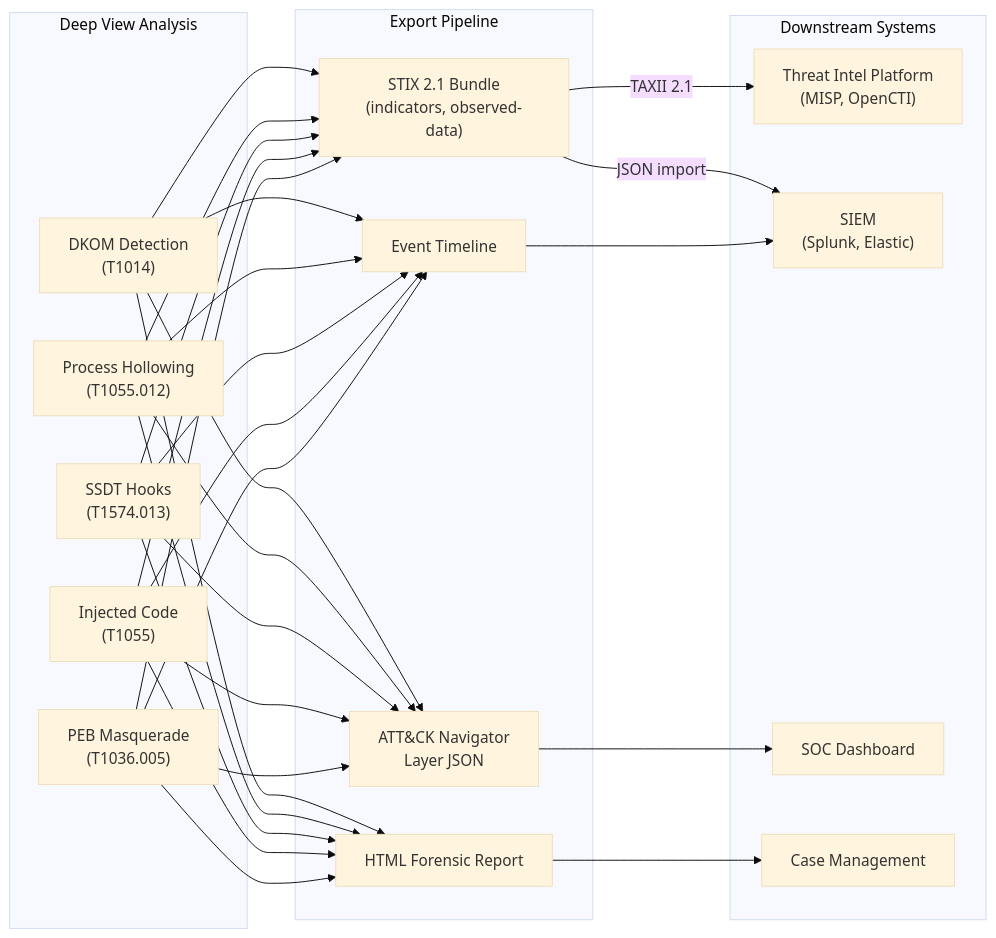
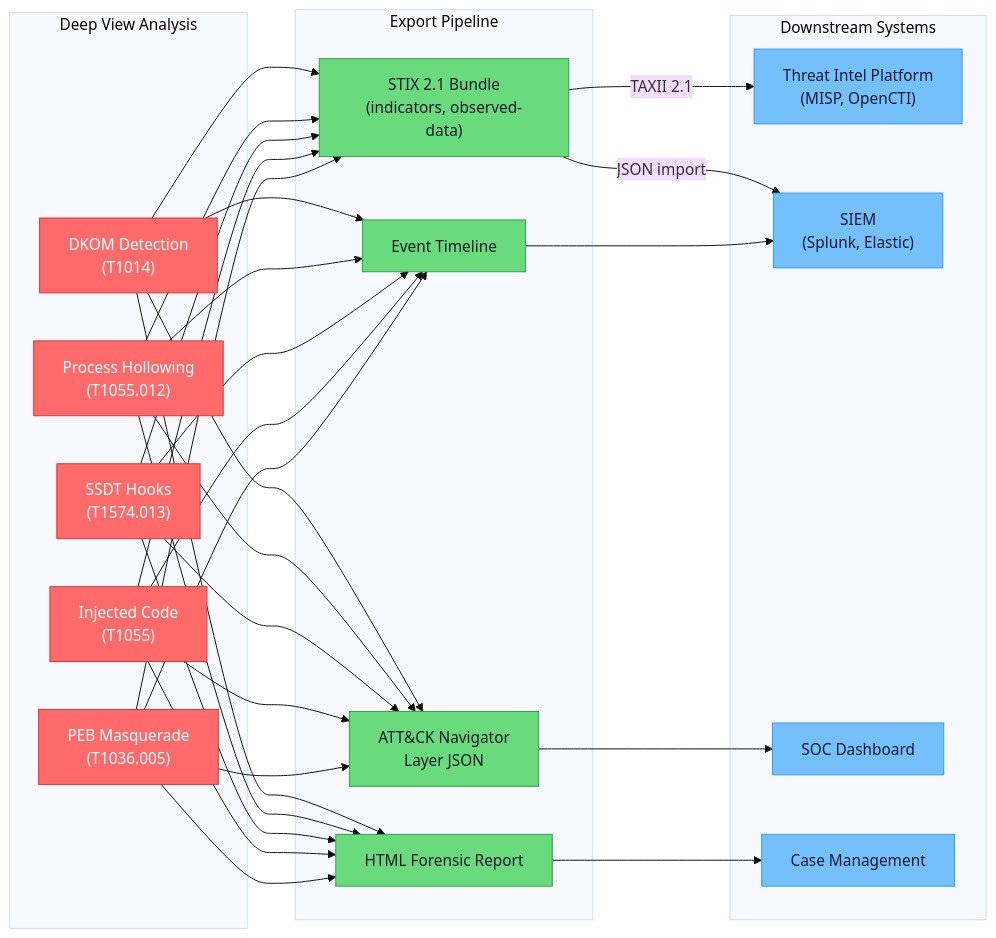
Diagram 11 of 16 in README.md (sonoransun/deepview), drawn with Mermaid (base theme) before and after one commit. The commit also changed other lines of this file and 47 other files, not shown here.

````diff
--- a/README.md
+++ b/README.md
@@ -565,35 +713,39 @@
 ```mermaid
 flowchart LR
     subgraph DeepView["Deep View Analysis"]
-        D1["DKOM Detection<br/>(T1014)"]
-        D2["Process Hollowing<br/>(T1055.012)"]
-        D3["SSDT Hooks<br/>(T1574.013)"]
-        D4["Injected Code<br/>(T1055)"]
-        D5["PEB Masquerade<br/>(T1036.005)"]
+        D1["DKOM Detection<br/>(T1014)"]:::threat
+        D2["Process Hollowing<br/>(T1055.012)"]:::threat
+        D3["SSDT Hooks<br/>(T1574.013)"]:::threat
+        D4["Injected Code<br/>(T1055)"]:::threat
+        D5["PEB Masquerade<br/>(T1036.005)"]:::threat
     end
 
     subgraph Export["Export Pipeline"]
-        STIX["STIX 2.1 Bundle<br/>(indicators, observed-data)"]
-        NAV["ATT&CK Navigator<br/>Layer JSON"]
-        RPT["HTML Forensic Report"]
-        TL["Event Timeline"]
+        STIX["STIX 2.1 Bundle<br/>(indicators, observed-data)"]:::report
+        NAV["ATT&CK Navigator<br/>Layer JSON"]:::report
+        RPT["HTML Forensic Report"]:::report
+        TL["Event Timeline"]:::report
     end
 
     subgraph Consume["Downstream Systems"]
-        TIP["Threat Intel Platform<br/>(MISP, OpenCTI)"]
-        SIEM["SIEM<br/>(Splunk, Elastic)"]
-        SOC["SOC Dashboard"]
-        CASE["Case Management"]
+        TIP["Threat Intel Platform<br/>(MISP, OpenCTI)"]:::analysis
+        SIEM["SIEM<br/>(Splunk, Elastic)"]:::analysis
+        SOC["SOC Dashboard"]:::analysis
+        CASE["Case Management"]:::analysis
     end
 
     D1 & D2 & D3 & D4 & D5 --> STIX
     D1 & D2 & D3 & D4 & D5 --> NAV
     D1 & D2 & D3 & D4 & D5 --> RPT
     D1 & D2 & D3 & D4 & D5 --> TL
 
     STIX -->|TAXII 2.1| TIP
     STIX -->|JSON import| SIEM
     NAV --> SOC
     RPT --> CASE
     TL --> SIEM
+
+    classDef threat fill:#ff6b6b,stroke:#e03131,color:#fff
+    classDef report fill:#69db7c,stroke:#2f9e44,color:#1a1a2e
+    classDef analysis fill:#74c0fc,stroke:#339af0,color:#1a1a2e
 ```
````
